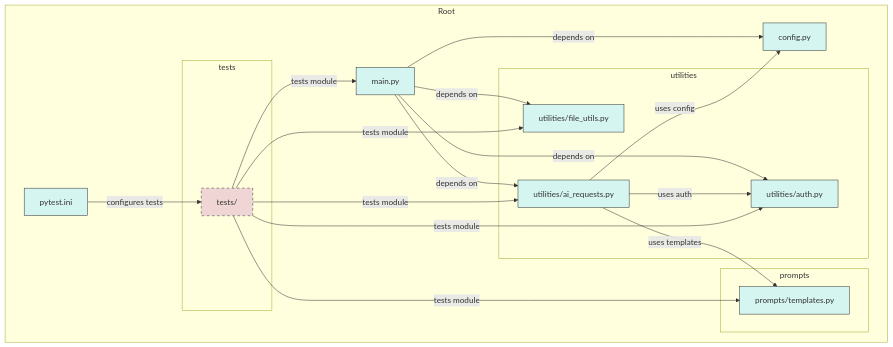
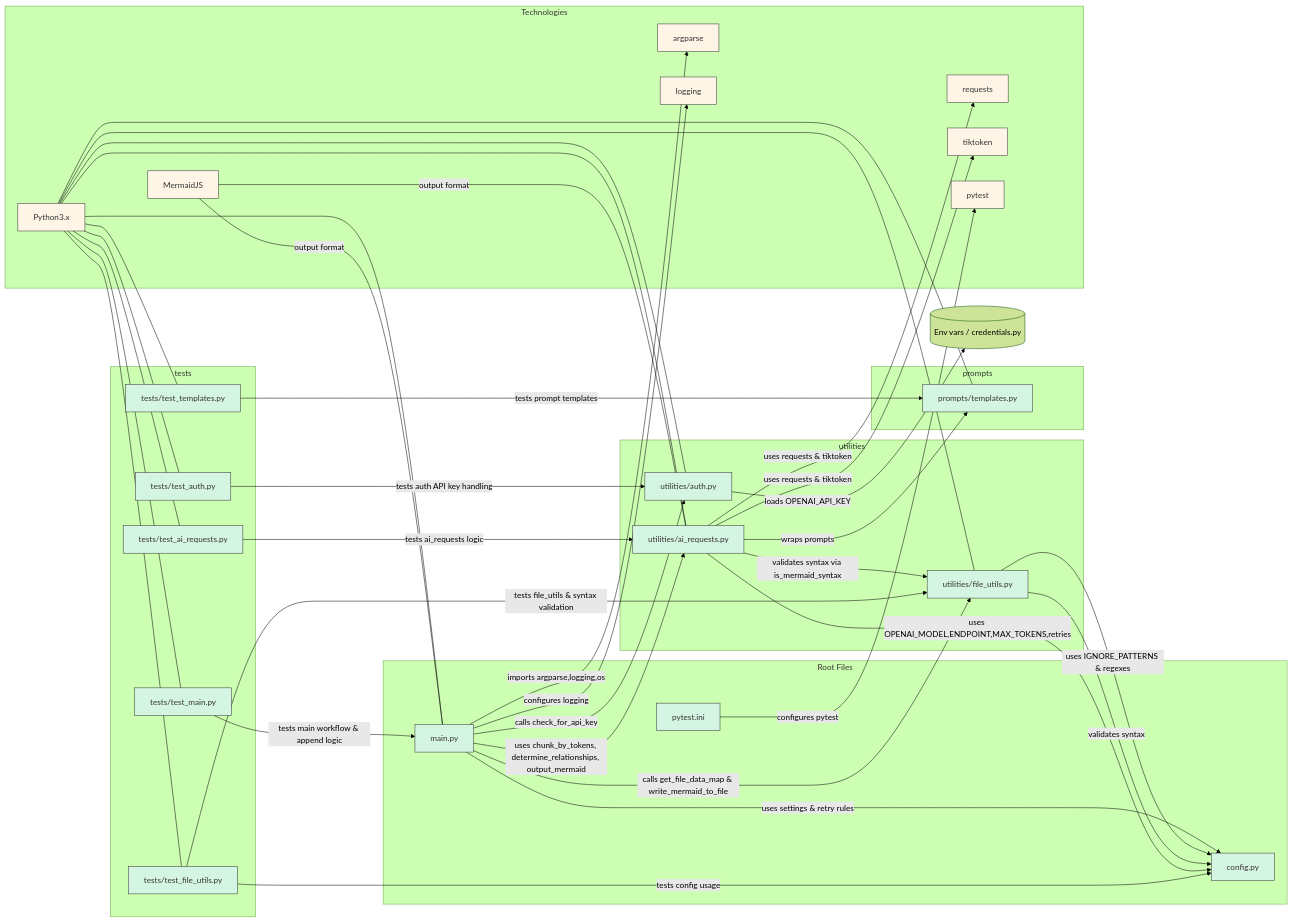
One commit to scmgustafson/code2chart-action changed the diagram in README.md. Above: the diagram before and after it, drawn with Mermaid.

Commit message:
Add automated Mermaid to README

````diff
--- a/README.md
+++ b/README.md
@@ -64,43 +63,91 @@
 ```mermaid
-%%{init: {"theme":"default"}}%%
-graph TD
-  subgraph "Root"
-    CFG[config.py]
-    MAIN[main.py]
-    PYINI[pytest.ini]
-    subgraph "utilities"
-      AUTH[utilities/auth.py]
-      FU[utilities/file_utils.py]
-      AIREQ[utilities/ai_requests.py]
-    end
-    subgraph "prompts"
-      TEMPL[prompts/templates.py]
-    end
-    subgraph "tests"
-      TESTS[tests/]
-    end
+%%{init: {"theme":"forest"}}%%
+graph LR
+  subgraph "Root Files"
+    cfg[config.py]
+    mn[main.py]
+    pi[pytest.ini]
   end
 
-  MAIN -->|depends on| CFG
-  MAIN -->|depends on| AUTH
-  MAIN -->|depends on| FU
-  MAIN -->|depends on| AIREQ
+  subgraph "utilities"
+    fu[utilities/file_utils.py]
+    au[utilities/auth.py]
+    ai[utilities/ai_requests.py]
+  end
 
-  AIREQ -->|uses auth| AUTH
-  AIREQ -->|uses config| CFG
-  AIREQ -->|uses templates| TEMPL
+  subgraph "prompts"
+    pt[prompts/templates.py]
+  end
 
-  TESTS -->|tests module| MAIN
-  TESTS -->|tests module| AIREQ
-  TESTS -->|tests module| FU
-  TESTS -->|tests module| AUTH
-  TESTS -->|tests module| TEMPL
+  subgraph "tests"
+    ti1[tests/test_ai_requests.py]
+    ti2[tests/test_main.py]
+    ti3[tests/test_auth.py]
+    ti4[tests/test_file_utils.py]
+    ti5[tests/test_templates.py]
+  end
 
-  PYINI -->|configures tests| TESTS
+  subgraph "Technologies"
+    py[Python3.x]
+    arg[argparse]
+    log[logging]
+    req[requests]
+    tik[tiktoken]
+    pytest_node[pytest]
+    mer[MermaidJS]
+  end
 
-  classDef file fill:#d5f5f0,stroke:#333,color:#333
-  classDef directory fill:#f0d5d5,stroke:#333,color:#333,stroke-dasharray:5 5
+  env[(Env vars / credentials.py)]
 
-  class CFG,MAIN,PYINI,AUTH,FU,AIREQ,TEMPL file
-  class TESTS directory
+  %% Relationships
+  mn -->|uses settings & retry rules| cfg
+  mn -->|calls check_for_api_key| au
+  mn -->|calls get_file_data_map & write_mermaid_to_file| fu
+  mn -->|uses chunk_by_tokens, determine_relationships, output_mermaid| ai
+  mn -->|imports argparse,logging,os| arg
+  mn -->|configures logging| log
+
+  fu -->|uses IGNORE_PATTERNS & regexes| cfg
+  fu -->|validates syntax| cfg
+
+  ai -->|uses OPENAI_MODEL,ENDPOINT,MAX_TOKENS,retries| cfg
+  ai -->|wraps prompts| pt
+  ai -->|validates syntax via is_mermaid_syntax| fu
+  ai -->|uses requests & tiktoken| req
+  ai -->|uses requests & tiktoken| tik
+
+  au -->|loads OPENAI_API_KEY| env
+
+  pi -->|configures pytest| pytest_node
+
+  ti1 -->|tests ai_requests logic| ai
+  ti2 -->|tests main workflow & append logic| mn
+  ti3 -->|tests auth API key handling| au
+  ti4 -->|tests file_utils & syntax validation| fu
+  ti4 -->|tests config usage| cfg
+  ti5 -->|tests prompt templates| pt
+
+  %% Technology usage
+  py --- mn
+  py --- fu
+  py --- ai
+  py --- au
+  py --- pt
+  py --- ti1
+  py --- ti2
+  py --- ti3
+  py --- ti4
+  py --- ti5
+
+  mer ---|output format| ai
+  mer ---|output format| mn
+
+  %% Styling
+  classDef file fill:#d5f5e3,stroke:#333,color:#333
+  class cfg,mn,pi,fu,au,ai,pt,ti1,ti2,ti3,ti4,ti5 file
+
+  classDef tech fill:#fef5e7,stroke:#333,color:#333
+  class py,arg,log,req,tik,pytest_node,mer tech
+
+  class env fill:#f9e79f,stroke:#333,color:#333
 ```
````
